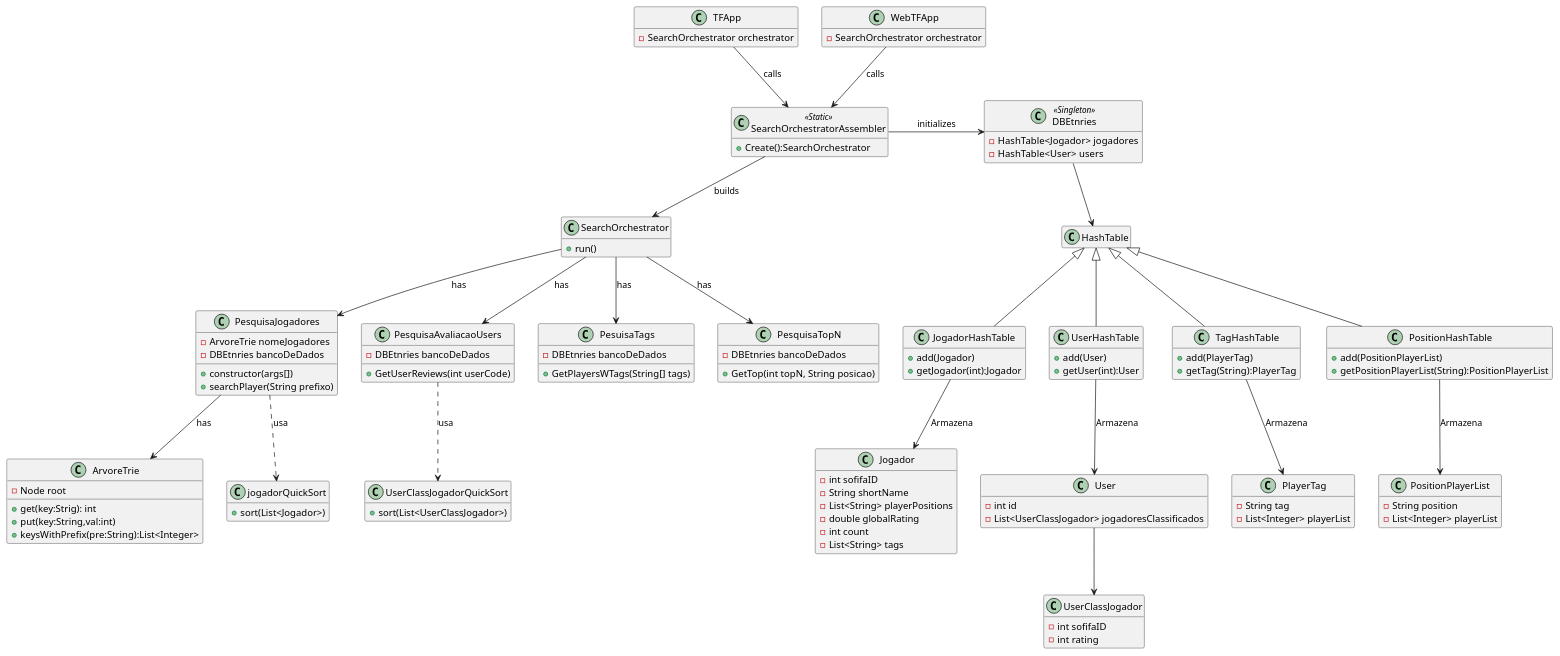
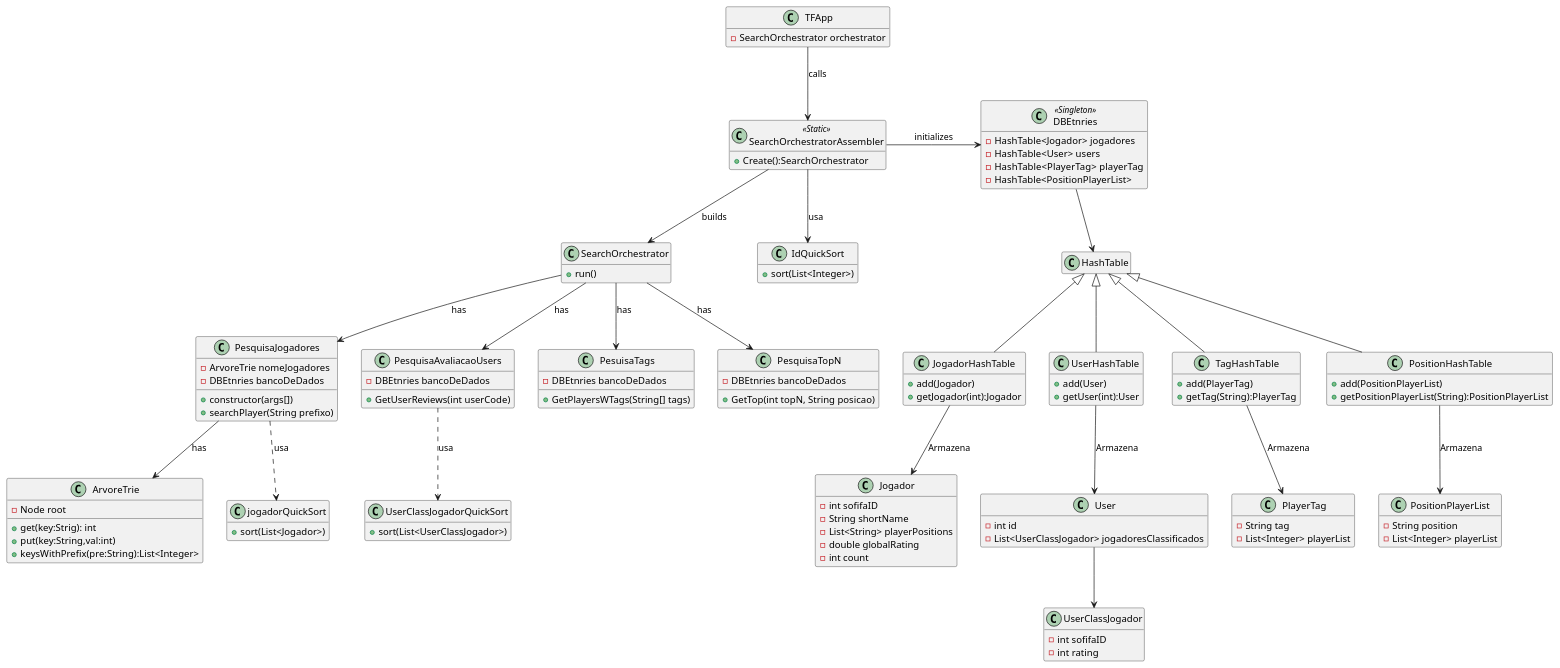
Before and after one commit to JoaoCosme/TrabFinalCPD: the diagram in classDiagram.wsd, drawn with PlantUML. The commit also changed 22 other files, not shown here.

```diff
--- a/classDiagram.wsd
+++ b/classDiagram.wsd
@@ -1,130 +1,132 @@
 @startuml classDiagram
     hide empty members
 
     class TFApp{
-        -SearchOrchestrator orchestrator
-    }
-    class WebTFApp{
         -SearchOrchestrator orchestrator
     }
 
     class SearchOrchestratorAssembler<<Static>>{
         +Create():SearchOrchestrator
     }
     class DBEtnries<<Singleton>>{
         - HashTable<Jogador> jogadores
         - HashTable<User> users
+        - HashTable<PlayerTag> playerTag
+        - HashTable<PositionPlayerList>
     }
 
     class HashTable{
 
     }
 
     class JogadorHashTable extends HashTable{
         + add(Jogador)
         + getJogador(int):Jogador
     }
 
     class UserHashTable extends HashTable{
         + add(User)
         + getUser(int):User
     }
 
     class TagHashTable extends HashTable{
         + add(PlayerTag)
         + getTag(String):PlayerTag
     }
 
     class PositionHashTable extends HashTable{
         + add(PositionPlayerList)
         + getPositionPlayerList(String):PositionPlayerList
     }
 
     class Jogador{
         - int sofifaID
         - String shortName
         - List<String> playerPositions
         - double globalRating
         - int count
-        - List<String> tags
     }
 
     class UserClassJogador{
         - int sofifaID
         - int rating
     }
 
     class User{
         - int id
         - List<UserClassJogador> jogadoresClassificados
     }
 
     class PlayerTag{
         - String tag
         - List<Integer> playerList
     }
 
     class PositionPlayerList{
         - String position
         - List<Integer> playerList
     }
 
     class SearchOrchestrator{
         +run()
     }
 
     class PesquisaJogadores{
         - ArvoreTrie nomeJogadores
         - DBEtnries bancoDeDados
         + constructor(args[])
         + searchPlayer(String prefixo)
     }
 
     Class ArvoreTrie{
         - Node root
         + get(key:Strig): int
         + put(key:String,val:int)
         + keysWithPrefix(pre:String):List<Integer>
 
     }
 
     class PesquisaAvaliacaoUsers{
         - DBEtnries bancoDeDados
         + GetUserReviews(int userCode)
     }
     class PesuisaTags{
         - DBEtnries bancoDeDados
         + GetPlayersWTags(String[] tags)
     }
     class PesquisaTopN{
         - DBEtnries bancoDeDados
         + GetTop(int topN, String posicao)
     }
 
     class jogadorQuickSort{
         + sort(List<Jogador>)
     }
 
     class UserClassJogadorQuickSort{
         +sort(List<UserClassJogador>)
     }
+
+    class IdQuickSort{
+        +sort(List<Integer>)
+    }
     
     SearchOrchestratorAssembler --> SearchOrchestrator:builds
-    WebTFApp --> SearchOrchestratorAssembler:calls
     TFApp --> SearchOrchestratorAssembler:calls
     SearchOrchestratorAssembler -> DBEtnries: initializes
+    SearchOrchestratorAssembler --> IdQuickSort:usa
     SearchOrchestrator --> PesquisaJogadores:has
     SearchOrchestrator --> PesuisaTags:has
     SearchOrchestrator --> PesquisaTopN:has
     SearchOrchestrator --> PesquisaAvaliacaoUsers:has
     PesquisaJogadores --> ArvoreTrie: has
     DBEtnries --> HashTable
     JogadorHashTable --> Jogador:Armazena
     UserHashTable --> User: Armazena
     TagHashTable --> PlayerTag: Armazena
     PositionHashTable --> PositionPlayerList: Armazena
     User --> UserClassJogador
     PesquisaJogadores ..> jogadorQuickSort: usa
     PesquisaAvaliacaoUsers ..> UserClassJogadorQuickSort:usa
     
 @enduml
```
